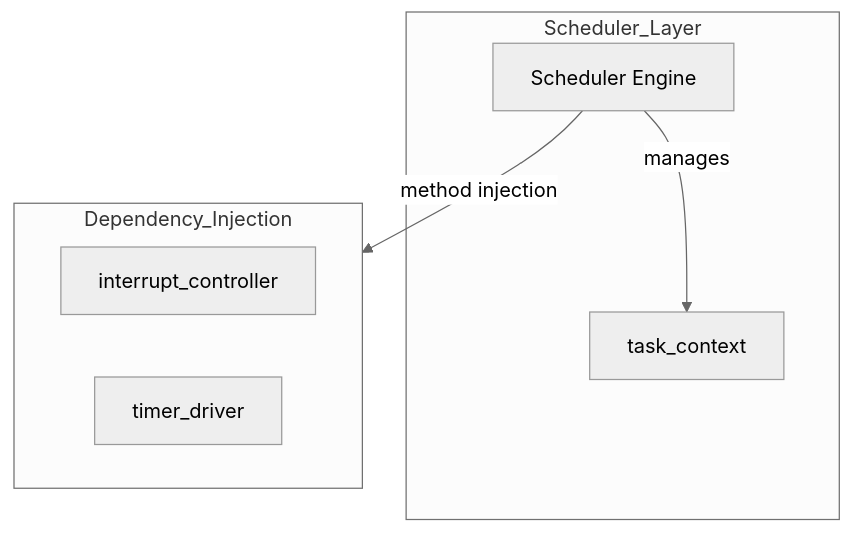
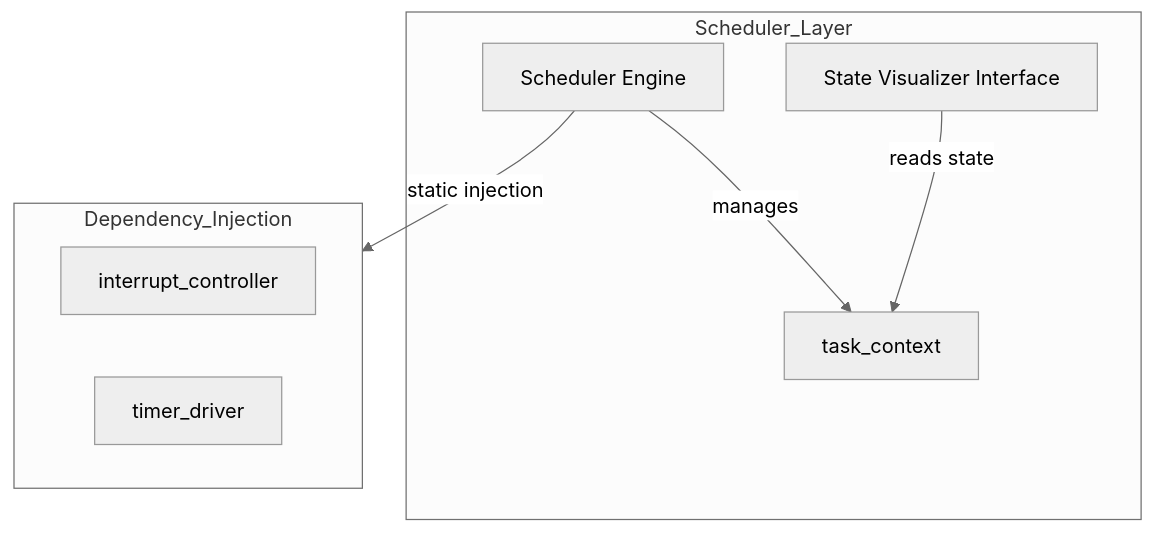
The first of 2 diagrams in docs/components/core/os_scheduler.md (kmt-t/fireball), drawn with Mermaid (neutral theme) before and after one commit. The commit also changed other lines of this file and 44 other files, not shown here.

````diff
--- a/docs/components/core/os_scheduler.md
+++ b/docs/components/core/os_scheduler.md
@@ -21,15 +21,17 @@
 ```mermaid
 graph TD
     subgraph Scheduler_Layer
         Engine[Scheduler Engine]
         TCB[task_context]
+        Vis[State Visualizer Interface]
     end
 
     subgraph Dependency_Injection
         I_IF[interrupt_controller]
         T_IF[timer_driver]
     end
 
-    Engine -- method injection --> Dependency_Injection
+    Engine -- static injection --> Dependency_Injection
     Engine -- manages --> TCB
+    Vis -- reads state --> TCB
 ```
````
